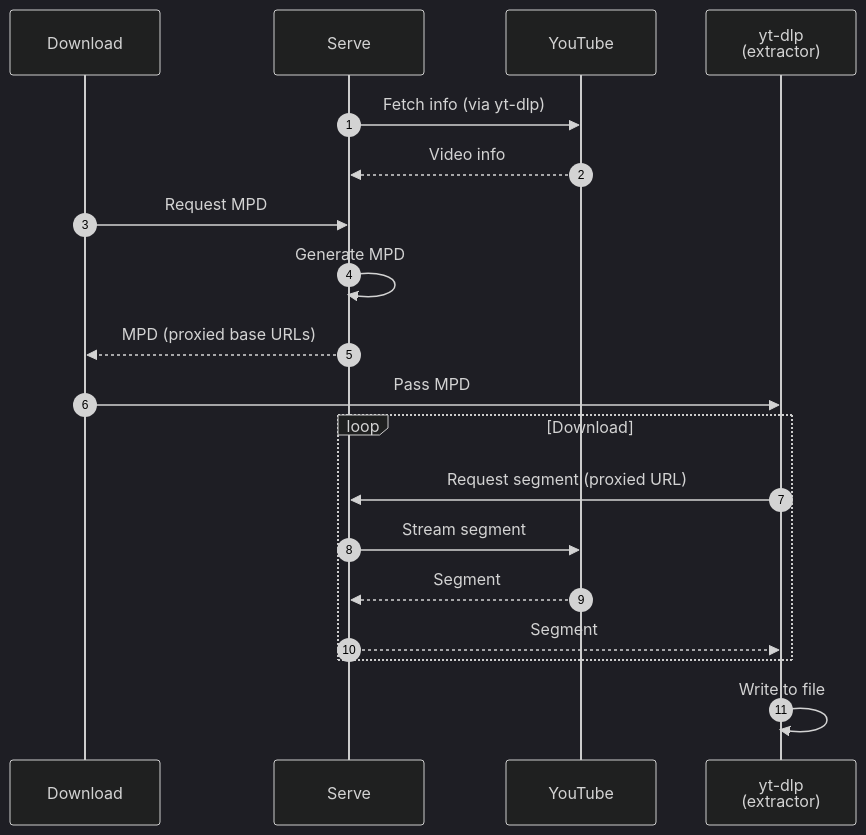
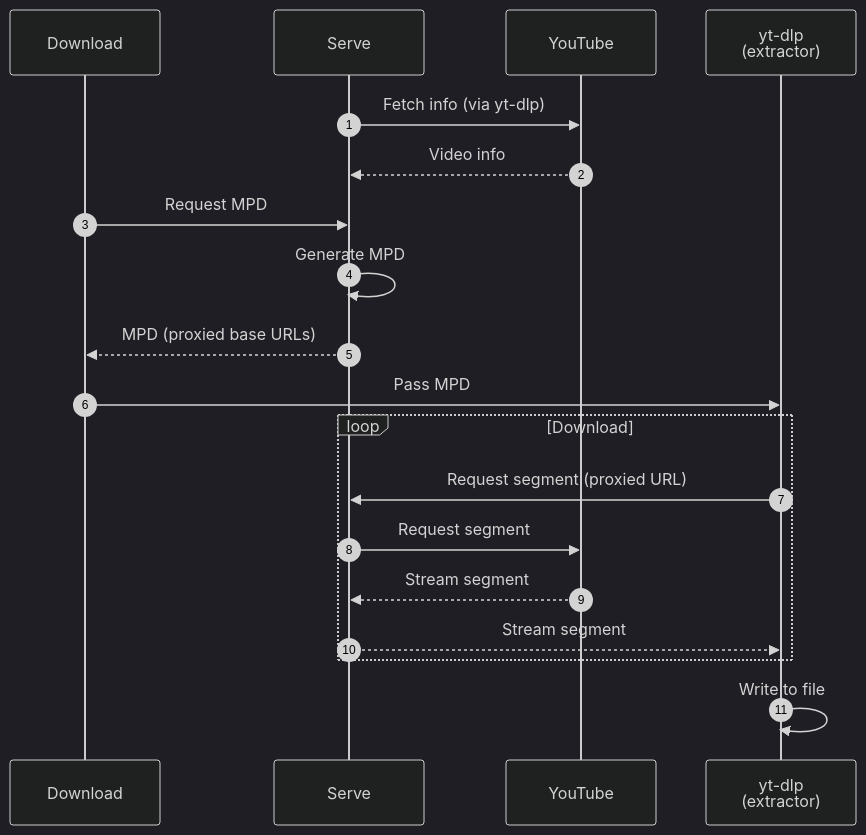
The diagram in README.md (xymaxim/ypb), drawn with Mermaid (dark theme) before and after one commit.

Commit message:
docs(readme): refine sequence diagram

````diff
--- a/README.md
+++ b/README.md
@@ -25,21 +25,21 @@
 ```mermaid
 sequenceDiagram
     autonumber
     participant D as Download
     participant S as Serve
     participant Y as YouTube
     participant E as yt-dlp<br/>(extractor)
     S->>Y: Fetch info (via yt-dlp)
     Y-->>S: Video info
     D->>S: Request MPD
     S->>S: Generate MPD
     S-->>D: MPD (proxied base URLs)
     D->>E: Pass MPD
     loop Download
         E->>S: Request segment (proxied URL)
-        S->>Y: Stream segment
-        Y-->>S: Segment
-        S-->>E: Segment
+        S->>Y: Request segment
+        Y-->>S: Stream segment
+        S-->>E: Stream segment
     end
     E->>E: Write to file
 ```
````
